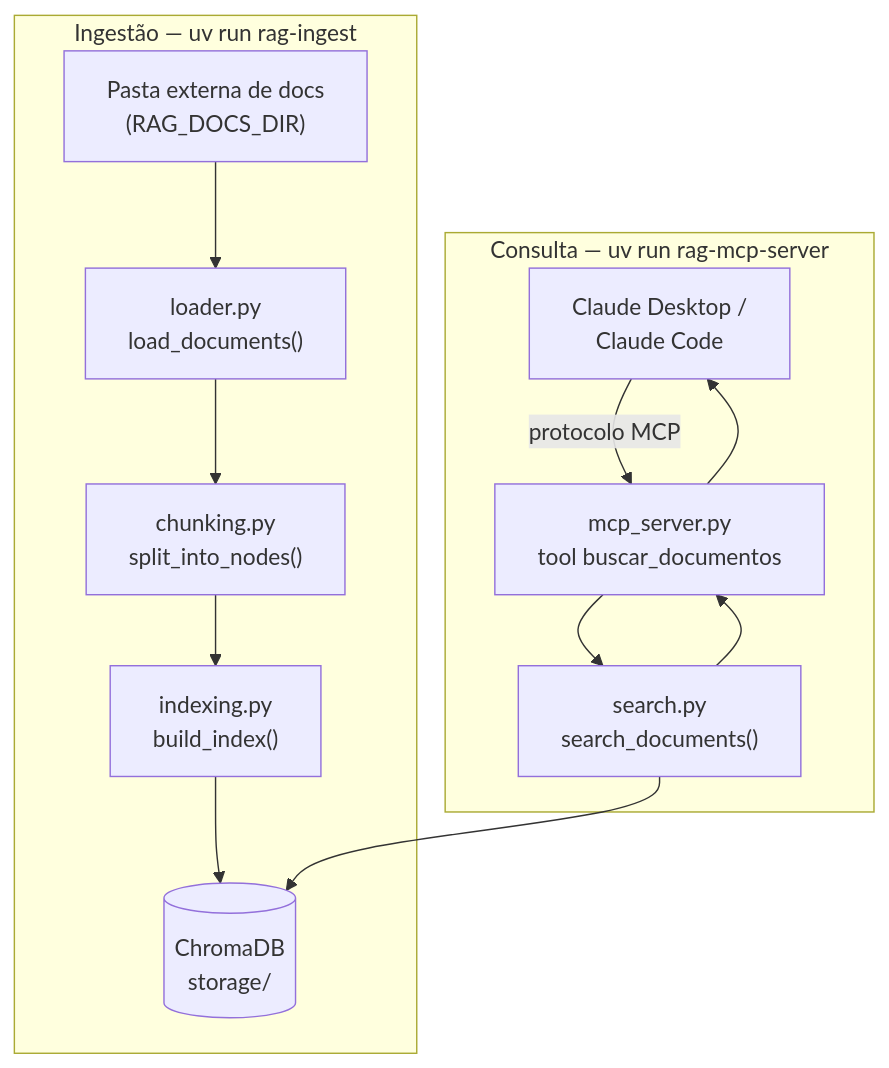
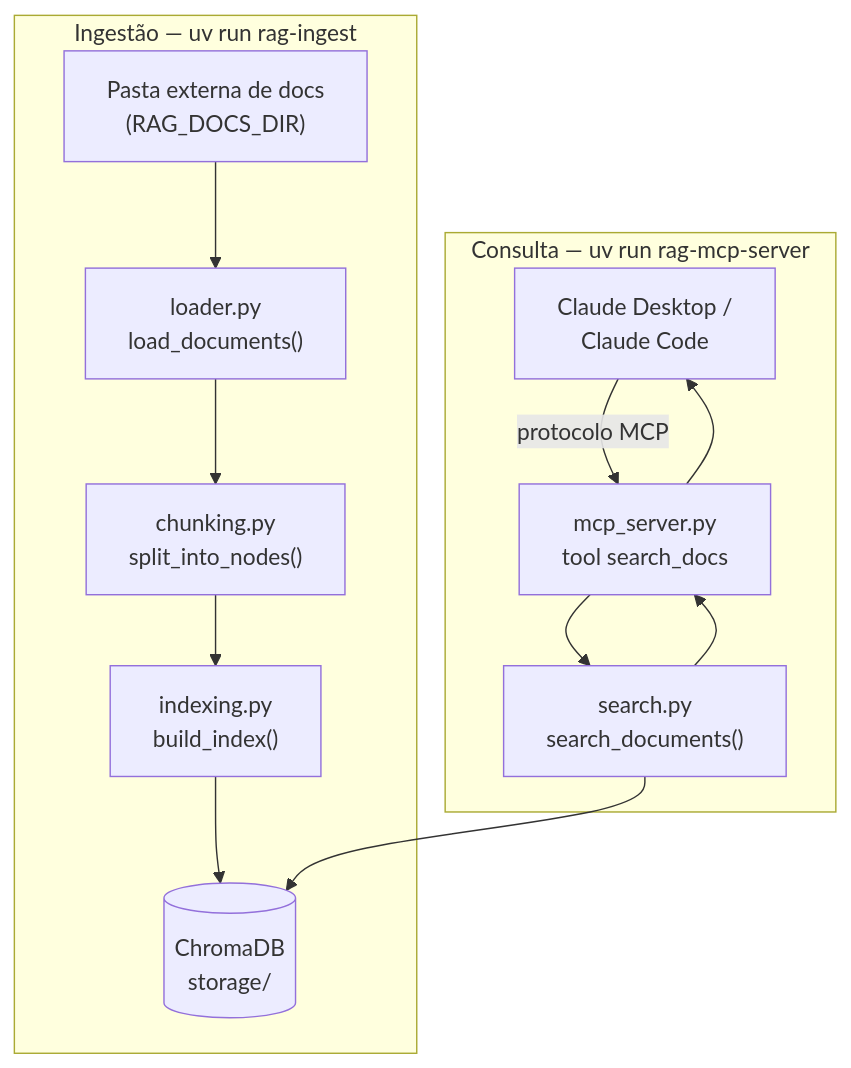
The diagram in README.pt-BR.md (tpiva/rag-study), drawn with Mermaid before and after one commit. The commit also changed other lines of this file and 11 other files, not shown here.

````diff
--- a/README.pt-BR.md
+++ b/README.pt-BR.md
@@ -32,17 +32,17 @@
 ```mermaid
 flowchart TD
     subgraph Ingestao["Ingestão — uv run rag-ingest"]
         A["Pasta externa de docs\n(RAG_DOCS_DIR)"] --> B["loader.py\nload_documents()"]
         B --> C["chunking.py\nsplit_into_nodes()"]
         C --> D["indexing.py\nbuild_index()"]
         D --> E[("ChromaDB\nstorage/")]
     end
 
     subgraph Consulta["Consulta — uv run rag-mcp-server"]
-        F["Claude Desktop /\nClaude Code"] -- "protocolo MCP" --> G["mcp_server.py\ntool buscar_documentos"]
+        F["Claude Desktop /\nClaude Code"] -- "protocolo MCP" --> G["mcp_server.py\ntool search_docs"]
         G --> H["search.py\nsearch_documents()"]
         H --> E
         H --> G
         G --> F
     end
 ```
````
